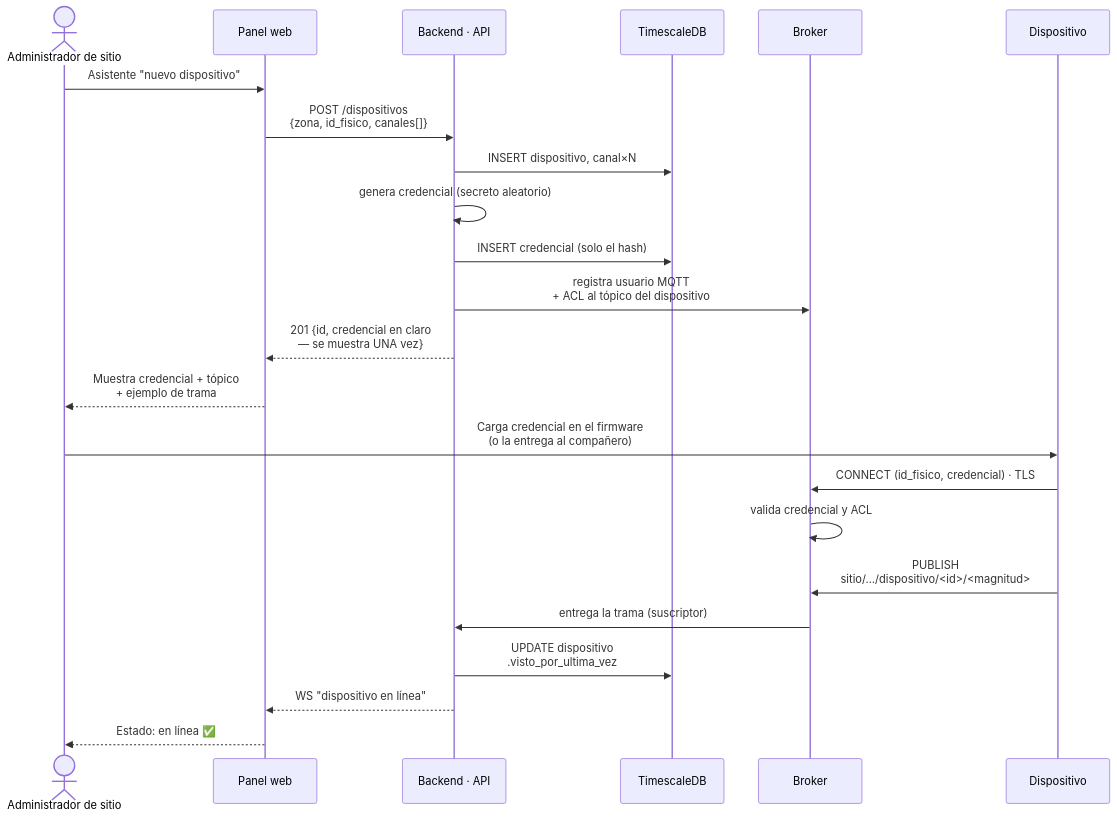
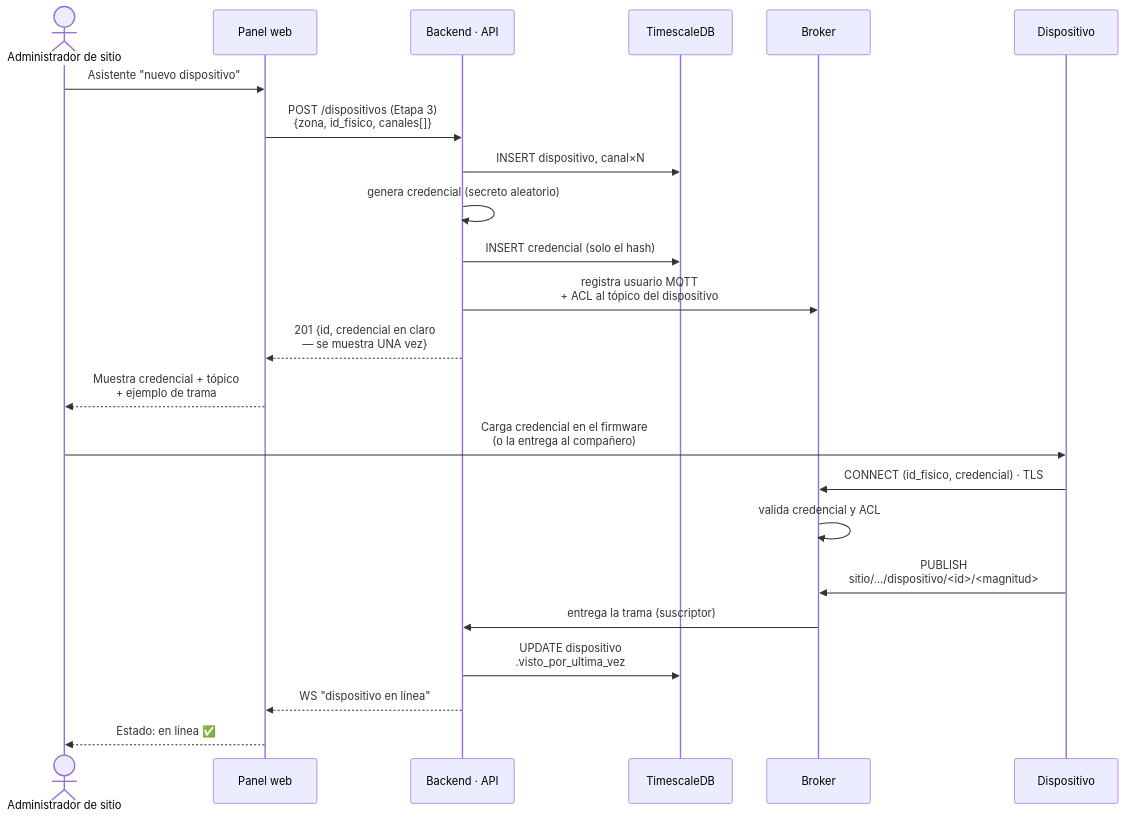
One commit to vicenterami/tesis changed the third of 6 diagrams in docs/10-arquitectura.md. Above: the diagram before and after it, drawn with Mermaid. The commit also changed other lines of this file and 7 other files, not shown here.

````diff
--- a/docs/10-arquitectura.md
+++ b/docs/10-arquitectura.md
@@ -137,26 +137,26 @@
 ```mermaid
 sequenceDiagram
     actor Admin as Administrador de sitio
     participant FE as Panel web
     participant API as Backend · API
     participant DB as TimescaleDB
     participant MQ as Broker
     participant Dev as Dispositivo
 
     Admin->>FE: Asistente "nuevo dispositivo"
-    FE->>API: POST /dispositivos<br/>{zona, id_fisico, canales[]}
+    FE->>API: POST /dispositivos (Etapa 3)<br/>{zona, id_fisico, canales[]}
     API->>DB: INSERT dispositivo, canal×N
     API->>API: genera credencial (secreto aleatorio)
     API->>DB: INSERT credencial (solo el hash)
     API->>MQ: registra usuario MQTT<br/>+ ACL al tópico del dispositivo
     API-->>FE: 201 {id, credencial en claro<br/>— se muestra UNA vez}
     FE-->>Admin: Muestra credencial + tópico<br/>+ ejemplo de trama
     Admin->>Dev: Carga credencial en el firmware<br/>(o la entrega al compañero)
     Dev->>MQ: CONNECT (id_fisico, credencial) · TLS
     MQ->>MQ: valida credencial y ACL
     Dev->>MQ: PUBLISH<br/>sitio/…/dispositivo/<id>/<magnitud>
     MQ->>API: entrega la trama (suscriptor)
     API->>DB: UPDATE dispositivo<br/>.visto_por_ultima_vez
     API-->>FE: WS "dispositivo en línea"
     FE-->>Admin: Estado: en línea ✅
 ```
````
